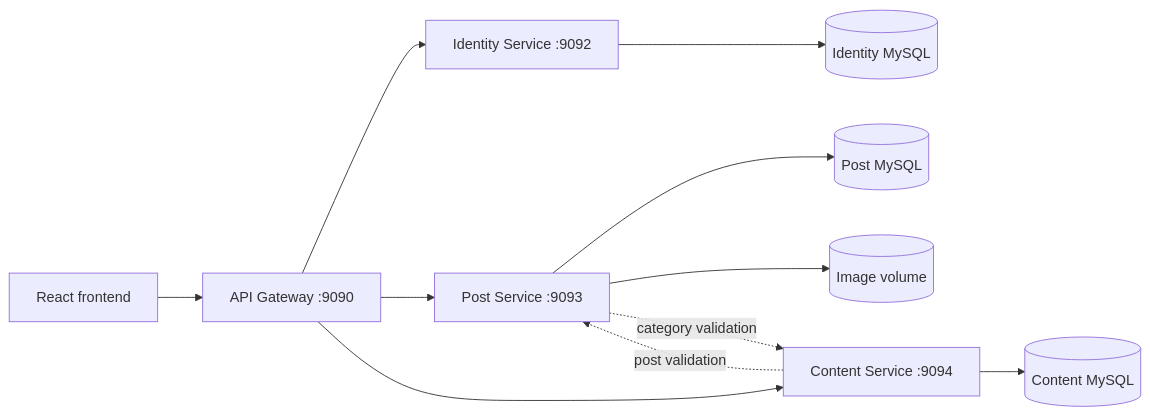
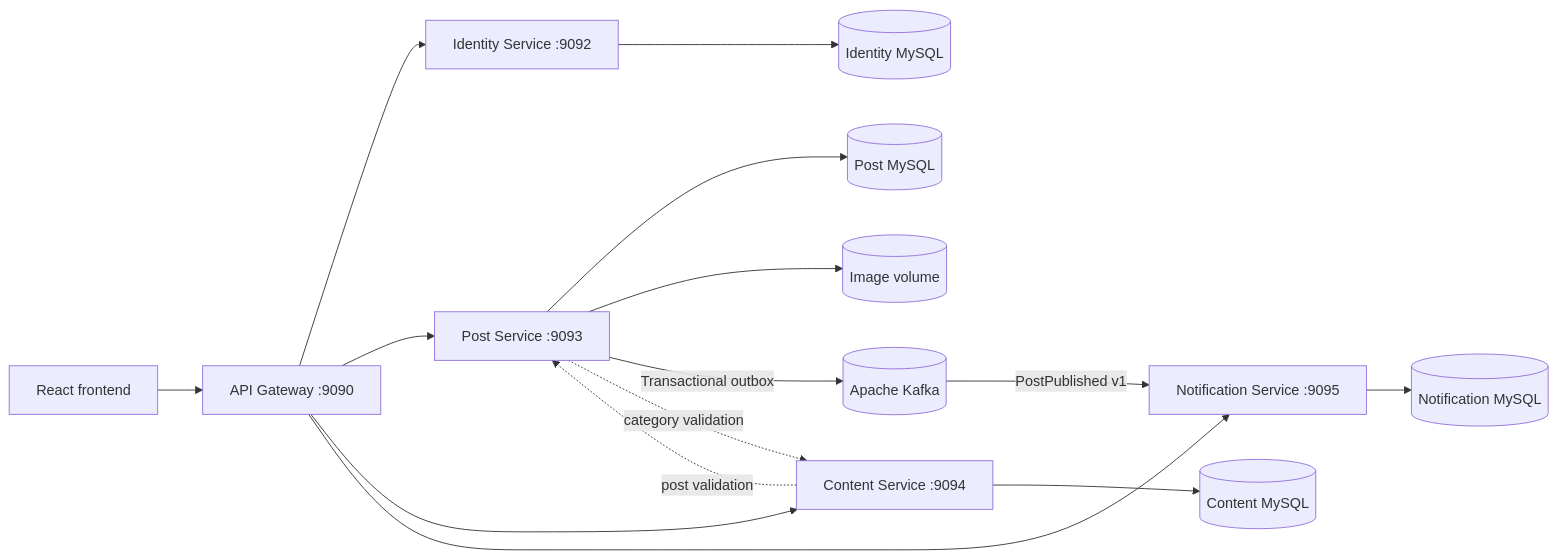
Before and after one commit to studywithdanish/microservices-backend: the diagram in README.md, drawn with Mermaid. The commit also changed other lines of this file and 67 other files, not shown here.

Commit message:
Add Kafka event-driven notification workflow

````diff
--- a/README.md
+++ b/README.md
@@ -13,13 +13,17 @@
 ```mermaid
 flowchart LR
     Frontend[React frontend] --> Gateway[API Gateway :9090]
     Gateway --> Identity[Identity Service :9092]
     Gateway --> Post[Post Service :9093]
     Gateway --> Content[Content Service :9094]
+    Gateway --> Notification[Notification Service :9095]
     Identity --> IdentityDb[(Identity MySQL)]
     Post --> PostDb[(Post MySQL)]
     Post --> Images[(Image volume)]
     Content --> ContentDb[(Content MySQL)]
+    Post -->|Transactional outbox| Kafka[(Apache Kafka)]
+    Kafka -->|PostPublished v1| Notification
+    Notification --> NotificationDb[(Notification MySQL)]
     Post -. category validation .-> Content
     Content -. post validation .-> Post
 ```
````
